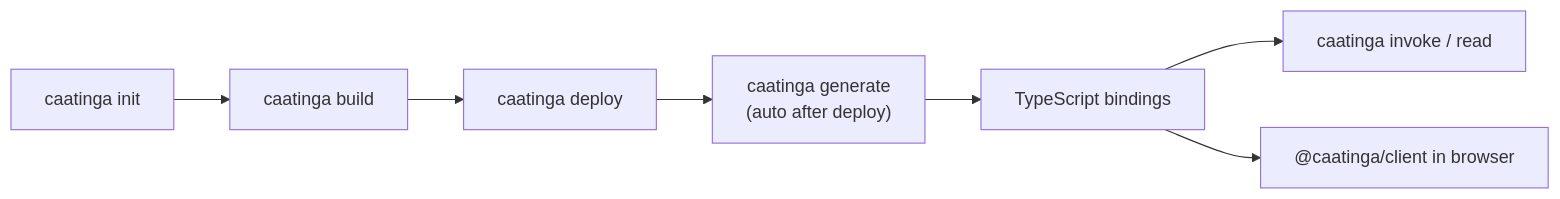
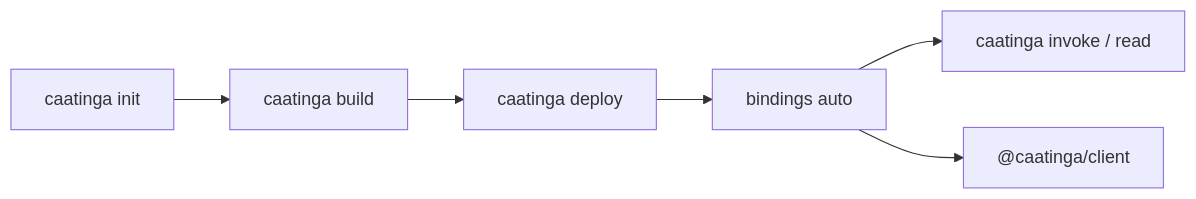
One commit to Dione-b/caatinga changed the diagram in docs/for-llms.md. Above: the diagram before and after it, drawn with Mermaid. The commit also changed other lines of this file and 20 other files, not shown here.

````diff
--- a/docs/for-llms.md
+++ b/docs/for-llms.md
@@ -36,9 +38,8 @@
 ```mermaid
 flowchart LR
   init["caatinga init"] --> build["caatinga build"]
   build --> deploy["caatinga deploy"]
-  deploy --> generate["caatinga generate<br/>(auto after deploy)"]
-  generate --> bindings["TypeScript bindings"]
-  bindings --> invoke["caatinga invoke / read"]
-  bindings --> client["@caatinga/client in browser"]
+  deploy --> generate["bindings auto"]
+  generate --> invoke["caatinga invoke / read"]
+  generate --> client["@caatinga/client"]
 ```
````
